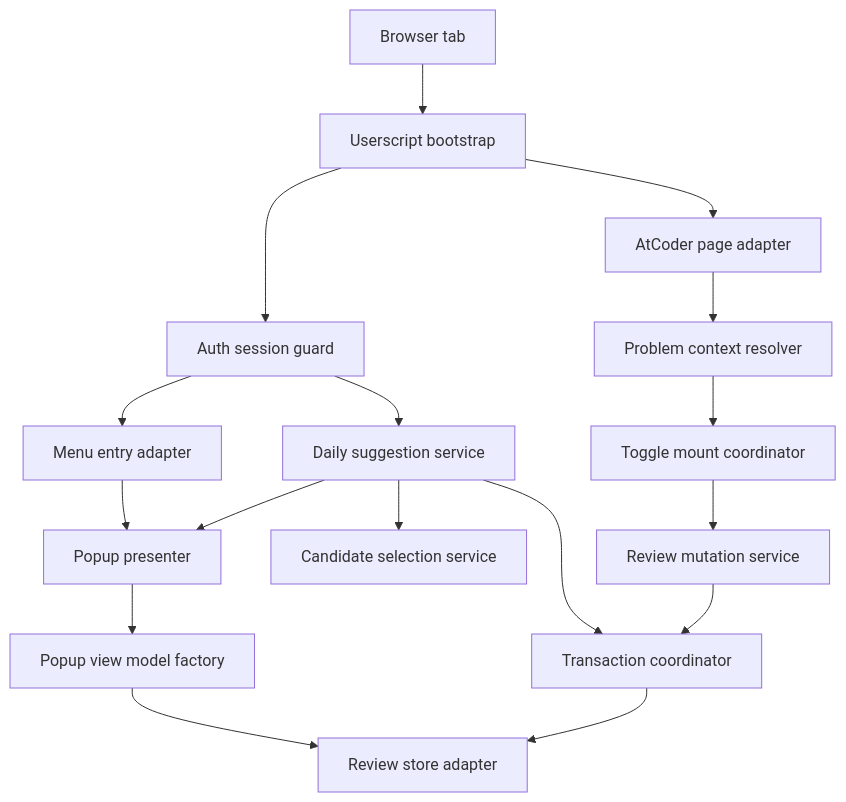
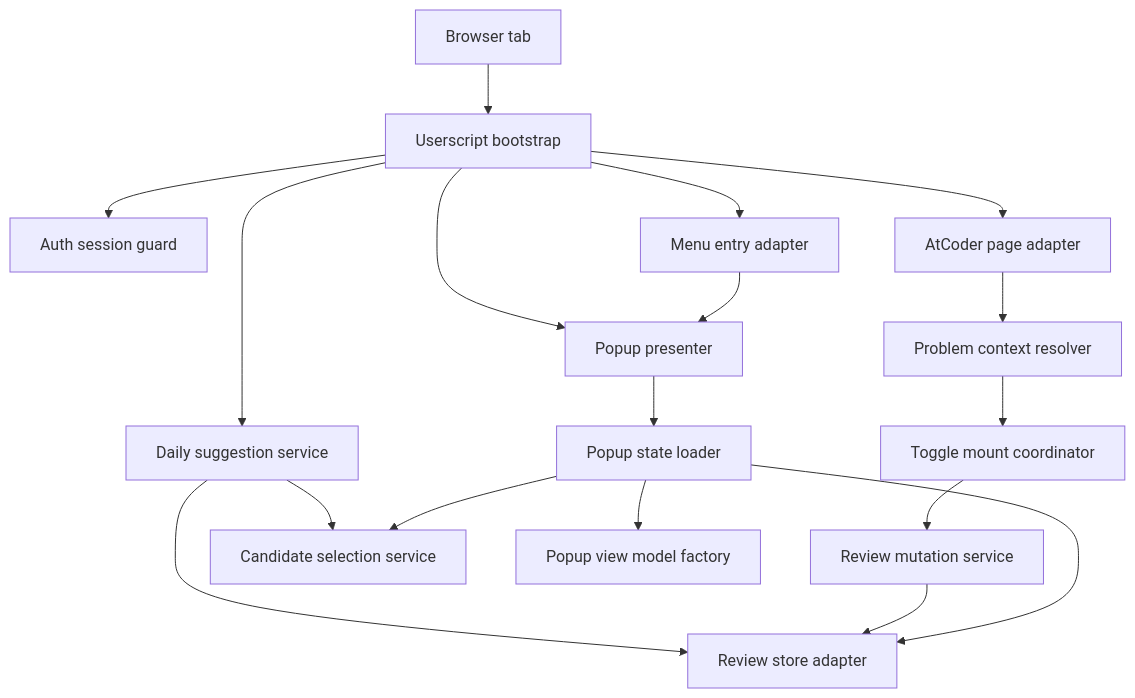
Before and after one commit to yiwiy9/ac-revisit: the first of 4 diagrams in .kiro/specs/atcoder-review-suggester/design.md, drawn with Mermaid. The commit also changed other lines of this file and 2 other files, not shown here.

````diff
--- a/.kiro/specs/atcoder-review-suggester/design.md
+++ b/.kiro/specs/atcoder-review-suggester/design.md
@@ -86,19 +128,20 @@
 ```mermaid
 graph TB
     Browser[Browser tab] --> Bootstrap[Userscript bootstrap]
     Bootstrap --> AuthGuard[Auth session guard]
     Bootstrap --> PageAdapter[AtCoder page adapter]
-    AuthGuard --> MenuEntry[Menu entry adapter]
-    AuthGuard --> DailyService[Daily suggestion service]
+    Bootstrap --> MenuEntry[Menu entry adapter]
+    Bootstrap --> DailyService[Daily suggestion service]
+    Bootstrap --> PopupPresenter[Popup presenter]
     PageAdapter --> ContextResolver[Problem context resolver]
     ContextResolver --> ToggleMount[Toggle mount coordinator]
     ToggleMount --> MutationService[Review mutation service]
-    MenuEntry --> PopupPresenter[Popup presenter]
-    DailyService --> PopupPresenter
+    MenuEntry --> PopupPresenter
     DailyService --> CandidateService[Candidate selection service]
-    MutationService --> TxCoordinator[Transaction coordinator]
-    DailyService --> TxCoordinator
-    TxCoordinator --> Store[Review store adapter]
-    PopupPresenter --> ViewModelFactory[Popup view model factory]
-    ViewModelFactory --> Store
+    DailyService --> Store[Review store adapter]
+    MutationService --> Store[Review store adapter]
+    PopupPresenter --> PopupStateLoader[Popup state loader]
+    PopupStateLoader --> CandidateService
+    PopupStateLoader --> Store
+    PopupStateLoader --> ViewModelFactory[Popup view model factory]
 ```
````
